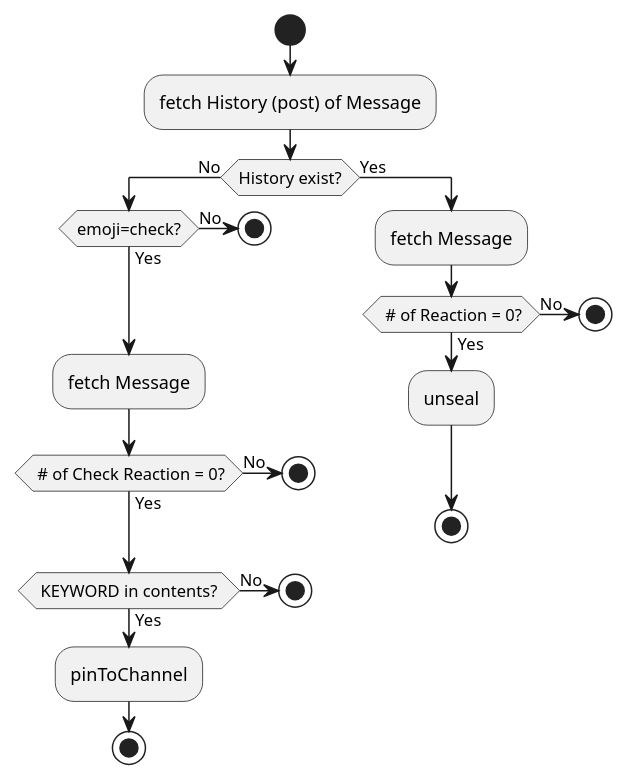
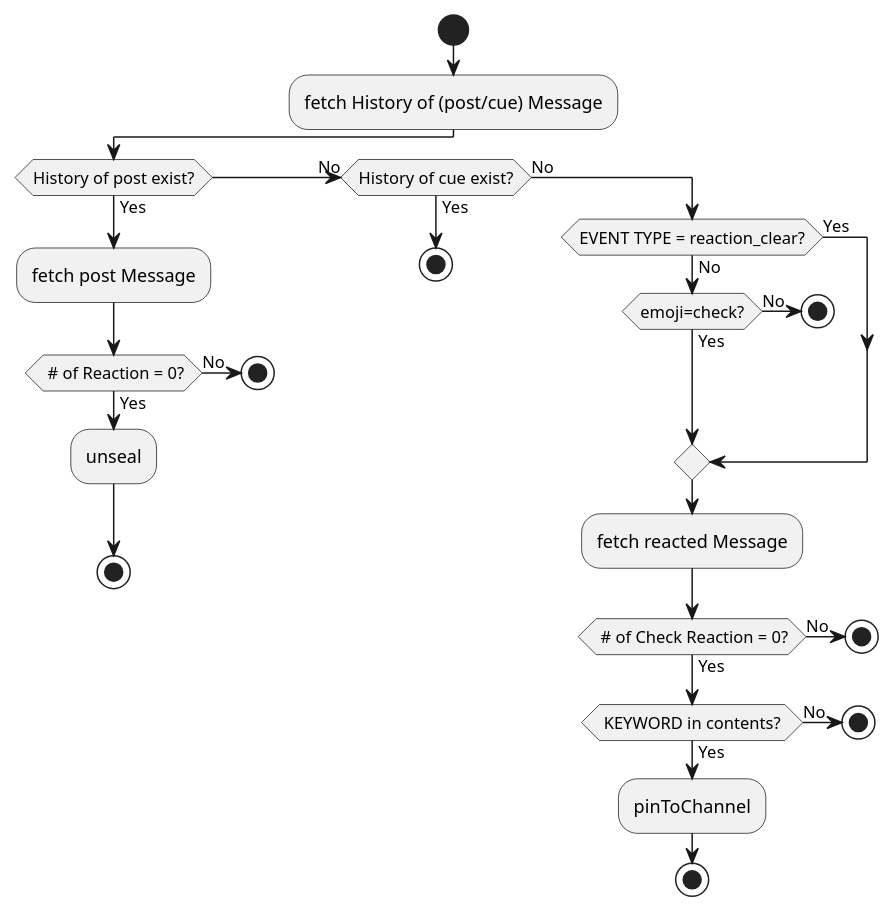
Before and after one commit to HitsumabushiEng/rose_discord_bot: the third of 3 diagrams in Design/AutoPin_Decision_table.md, drawn with PlantUML. The commit also changed other lines of this file and 4 other files, not shown here.

````diff
--- a/Design/AutoPin_Decision_table.md
+++ b/Design/AutoPin_Decision_table.md
@@ -119,29 +120,34 @@
 ```plantuml
 !pragma useVerticalIf off
 start
-:fetch History (post) of Message;
-if (History exist?) then (No)
-  if (emoji=check?) then (No)
-    stop
-  else (Yes)
+:fetch History of (post/cue) Message;
+if (History of post exist?) then (Yes)
+:fetch post Message;
+if ( # of Reaction = 0?) then (No)
+  stop
+else(Yes)
+:unseal;
+endif
+stop
+(No) elseif (History of cue exist?) then (Yes)
+  stop  
+else(No)
+  if (EVENT TYPE = reaction_clear?) then (No)
+    if (emoji=check?) then (No)
+      stop
+    else (Yes)
+    endif
+  else(Yes)
   endif
-  :fetch Message;
+  :fetch reacted Message;
   if ( # of Check Reaction = 0?) then (No)
     stop
   else (Yes)
   endif
   if ( KEYWORD in contents? ) then (No)
     stop
   else (Yes)
   :pinToChannel;
   endif
   stop
-else(Yes)
-:fetch Message;
-if ( # of Reaction = 0?) then (No)
-  stop
-else(Yes)
-:unseal;
-endif
-stop
 ```
````
